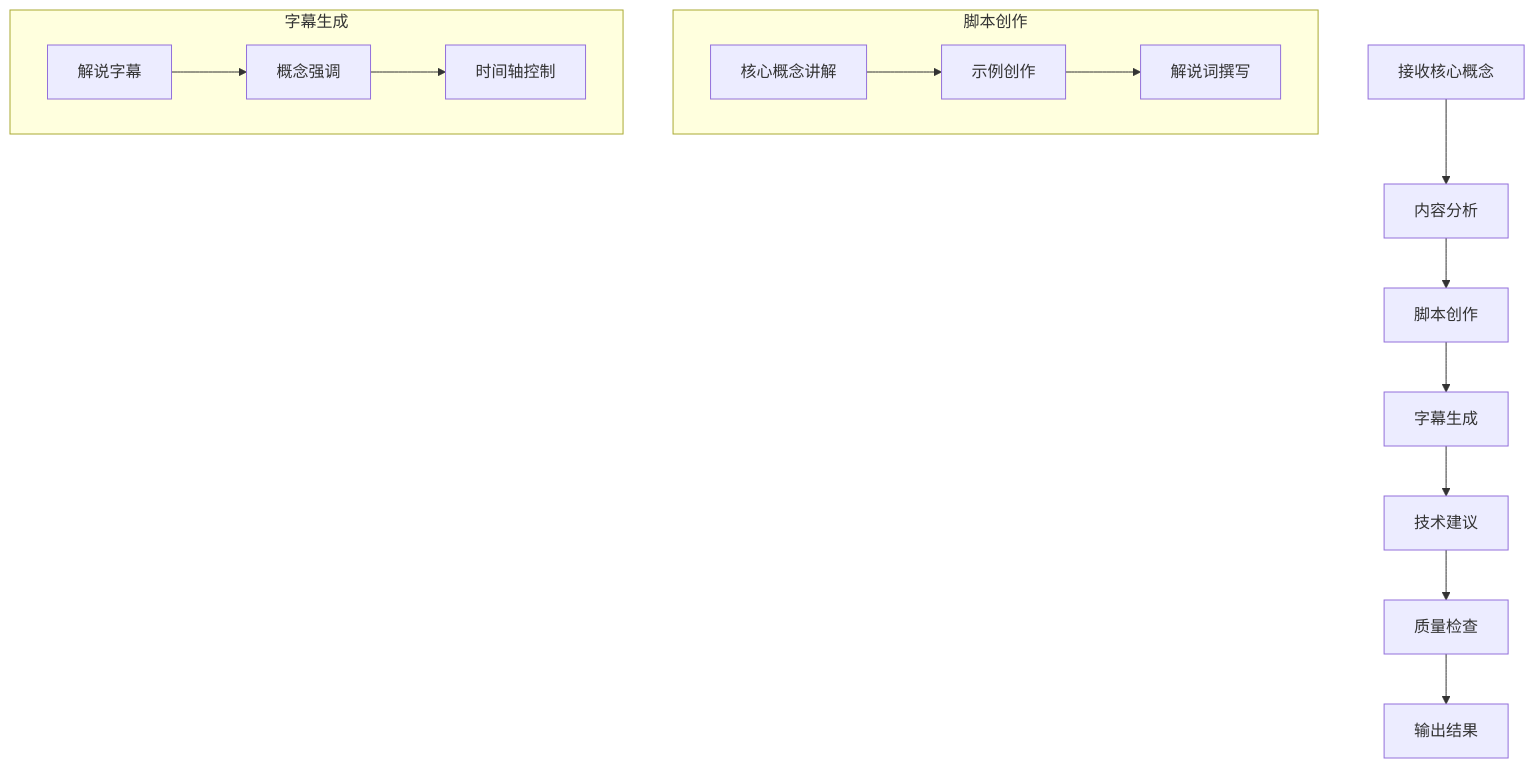
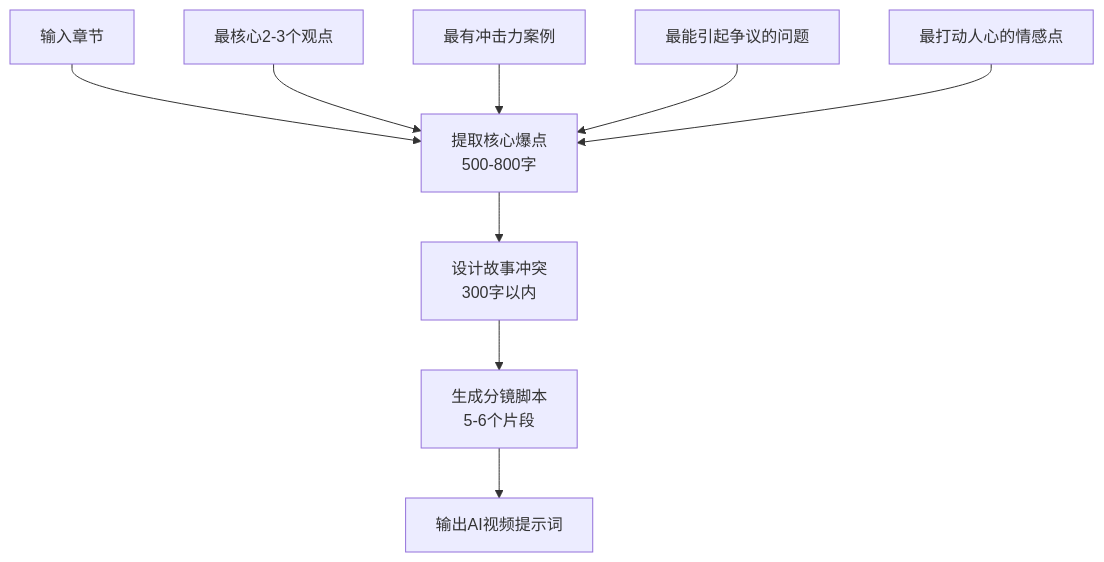
Before and after one commit to cctv549681/langchain-ts: the diagram in prd.md, drawn with Mermaid. The commit also changed other lines of this file and 44 other files, not shown here.

````diff
--- a/prd.md
+++ b/prd.md
@@ -155,19 +135,12 @@
 ```mermaid
 graph TD
-    A[接收核心概念] --> B[内容分析]
-    B --> C[脚本创作]
-    C --> D[字幕生成]
-    D --> E[技术建议]
-    E --> F[质量检查]
-    F --> G[输出结果]
+    A[输入章节] --> B[提取核心爆点<br/>500-800字]
+    B --> C[设计故事冲突<br/>300字以内]
+    C --> D[生成分镜脚本<br/>5-6个片段]
+    D --> E[输出AI视频提示词]
     
-    subgraph 脚本创作
-    C1[核心概念讲解] --> C2[示例创作]
-    C2 --> C3[解说词撰写]
-    end
-    
-    subgraph 字幕生成
-    D1[解说字幕] --> D2[概念强调]
-    D2 --> D3[时间轴控制]
-    end
+    B1[最核心2-3个观点] --> B
+    B2[最有冲击力案例] --> B
+    B3[最能引起争议的问题] --> B
+    B4[最打动人心的情感点] --> B
 ```
````
